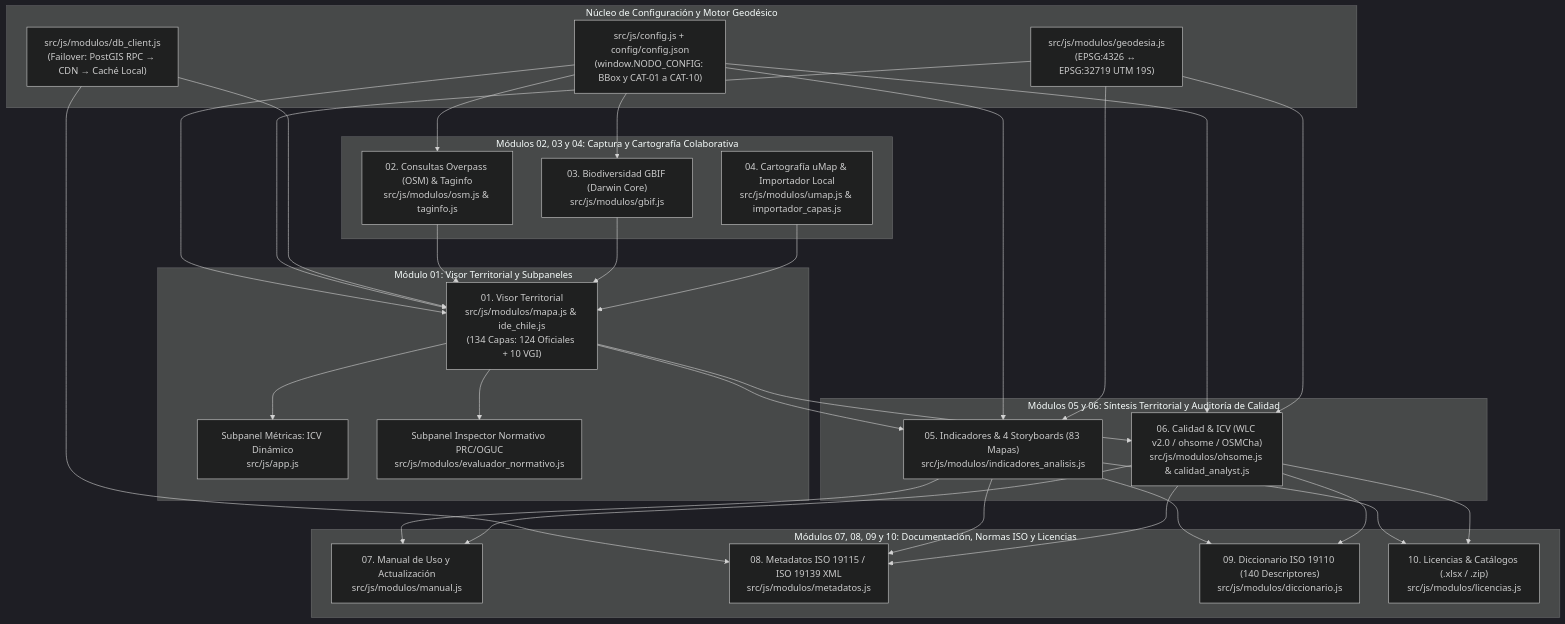
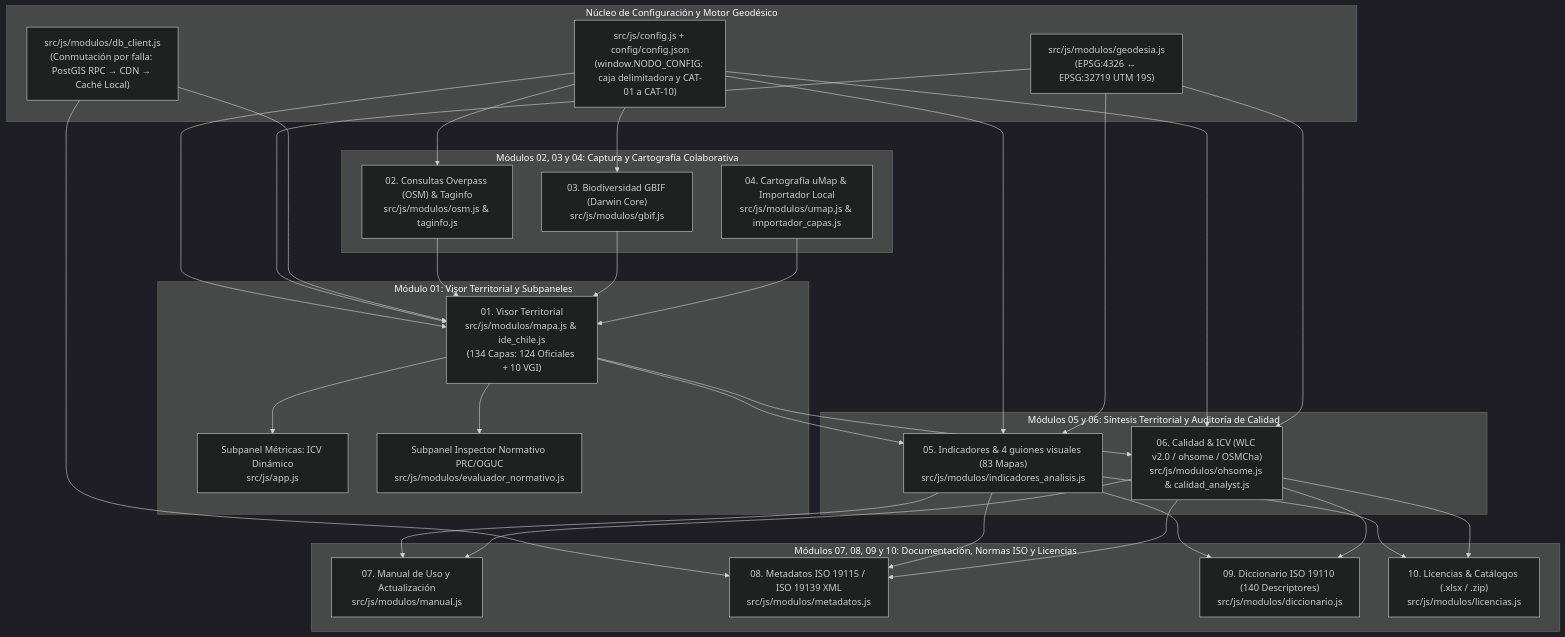
The second of 2 diagrams in README.md (GEOJOTA/atlas-vgi-barrio-brasil), drawn with Mermaid (dark theme) before and after one commit. The commit also changed other lines of this file and 28 other files, not shown here.

````diff
--- a/README.md
+++ b/README.md
@@ -70,40 +79,40 @@
 ```mermaid
 flowchart TD
     subgraph NUCLEO["Núcleo de Configuración y Motor Geodésico"]
-        CFG["src/js/config.js + config/config.json<br/>(window.NODO_CONFIG: BBox y CAT-01 a CAT-10)"]
+        CFG["src/js/config.js + config/config.json<br/>(window.NODO_CONFIG: caja delimitadora y CAT-01 a CAT-10)"]
         GEO["src/js/modulos/geodesia.js<br/>(EPSG:4326 ↔ EPSG:32719 UTM 19S)"]
-        DB["src/js/modulos/db_client.js<br/>(Failover: PostGIS RPC → CDN → Caché Local)"]
+        DB["src/js/modulos/db_client.js<br/>(Conmutación por falla: PostGIS RPC → CDN → Caché Local)"]
     end
 
     subgraph VISOR["Módulo 01: Visor Territorial y Subpaneles"]
         M01["01. Visor Territorial<br/>src/js/modulos/mapa.js & ide_chile.js<br/>(134 Capas: 124 Oficiales + 10 VGI)"]
         ICV["Subpanel Métricas: ICV Dinámico<br/>src/js/app.js"]
         CIN["Subpanel Inspector Normativo PRC/OGUC<br/>src/js/modulos/evaluador_normativo.js"]
     end
 
     subgraph INGESTA["Módulos 02, 03 y 04: Captura y Cartografía Colaborativa"]
         M02["02. Consultas Overpass (OSM) & Taginfo<br/>src/js/modulos/osm.js & taginfo.js"]
         M03["03. Biodiversidad GBIF (Darwin Core)<br/>src/js/modulos/gbif.js"]
         M04["04. Cartografía uMap & Importador Local<br/>src/js/modulos/umap.js & importador_capas.js"]
     end
 
     subgraph ANALISIS["Módulos 05 y 06: Síntesis Territorial y Auditoría de Calidad"]
-        M05["05. Indicadores & 4 Storyboards (83 Mapas)<br/>src/js/modulos/indicadores_analisis.js"]
+        M05["05. Indicadores & 4 guiones visuales (83 Mapas)<br/>src/js/modulos/indicadores_analisis.js"]
         M06["06. Calidad & ICV (WLC v2.0 / ohsome / OSMCha)<br/>src/js/modulos/ohsome.js & calidad_analyst.js"]
     end
 
     subgraph GOBERNANZA["Módulos 07, 08, 09 y 10: Documentación, Normas ISO y Licencias"]
         M07["07. Manual de Uso y Actualización<br/>src/js/modulos/manual.js"]
         M08["08. Metadatos ISO 19115 / ISO 19139 XML<br/>src/js/modulos/metadatos.js"]
         M09["09. Diccionario ISO 19110 (140 Descriptores)<br/>src/js/modulos/diccionario.js"]
         M10["10. Licencias & Catálogos (.xlsx / .zip)<br/>src/js/modulos/licencias.js"]
     end
 
     CFG --> M01 & M02 & M03 & M05 & M06
     GEO --> M01 & M05 & M06
     DB --> M01 & M08
     M01 --> ICV & CIN
     M02 & M03 & M04 --> M01
     M01 --> M05 & M06
     M05 & M06 --> M07 & M08 & M09 & M10
 ```
````
